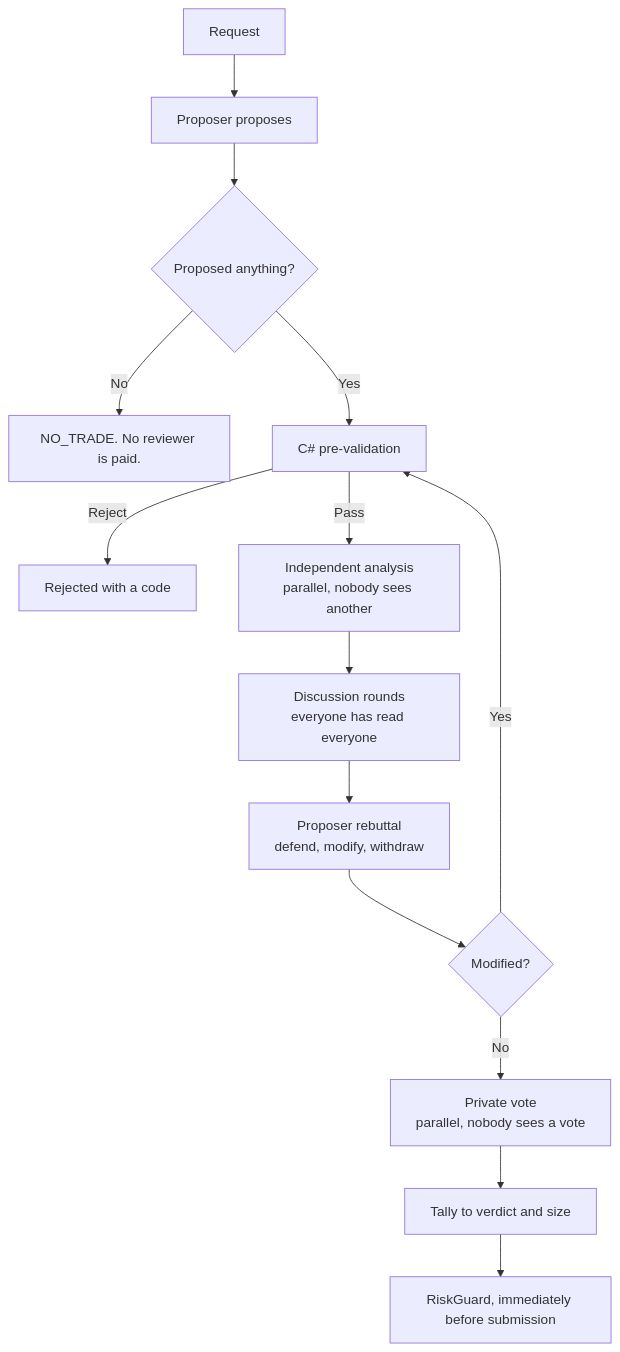
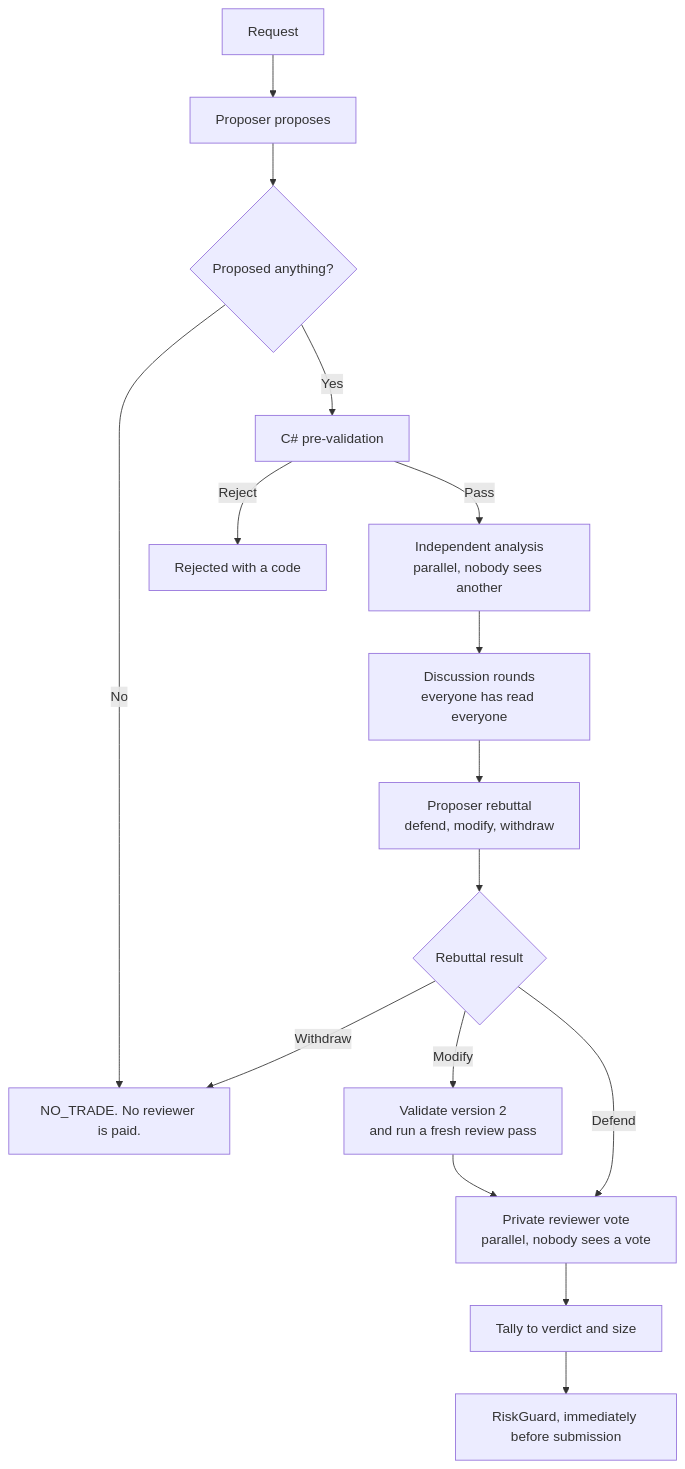
The diagram in .lode/war-room/summary.md (xakpc/Alpaca.NoIdea), drawn with Mermaid before and after one commit. The commit also changed other lines of this file and 92 other files, not shown here.

````diff
--- a/.lode/war-room/summary.md
+++ b/.lode/war-room/summary.md
@@ -10,16 +9,18 @@
 ```mermaid
 flowchart TD
     A[Request] --> B[Proposer proposes]
     B --> C{Proposed anything?}
     C -- No --> Z[NO_TRADE. No reviewer is paid.]
     C -- Yes --> D[C# pre-validation]
     D -- Reject --> Y[Rejected with a code]
     D -- Pass --> E[Independent analysis<br/>parallel, nobody sees another]
     E --> F[Discussion rounds<br/>everyone has read everyone]
     F --> G[Proposer rebuttal<br/>defend, modify, withdraw]
-    G --> H{Modified?}
-    H -- Yes --> D
-    H -- No --> I[Private vote<br/>parallel, nobody sees a vote]
+    G --> H{Rebuttal result}
+    H -- Withdraw --> Z
+    H -- Modify --> V[Validate version 2<br/>and run a fresh review pass]
+    H -- Defend --> I[Private reviewer vote<br/>parallel, nobody sees a vote]
+    V --> I
     I --> J[Tally to verdict and size]
     J --> K[RiskGuard, immediately before submission]
 ```
````
